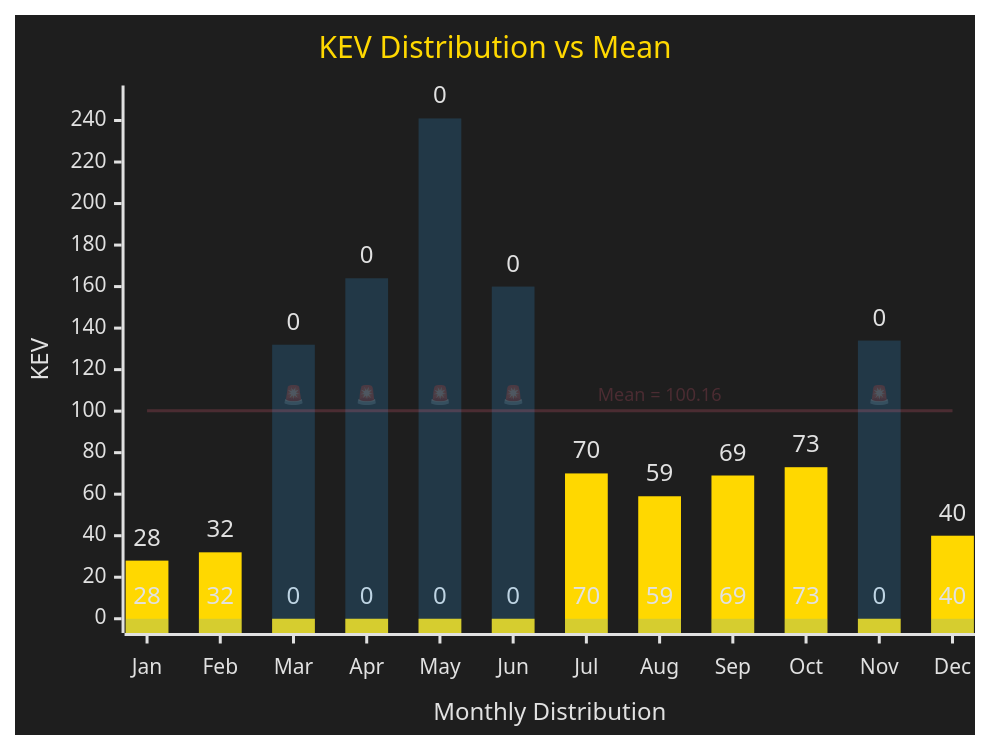
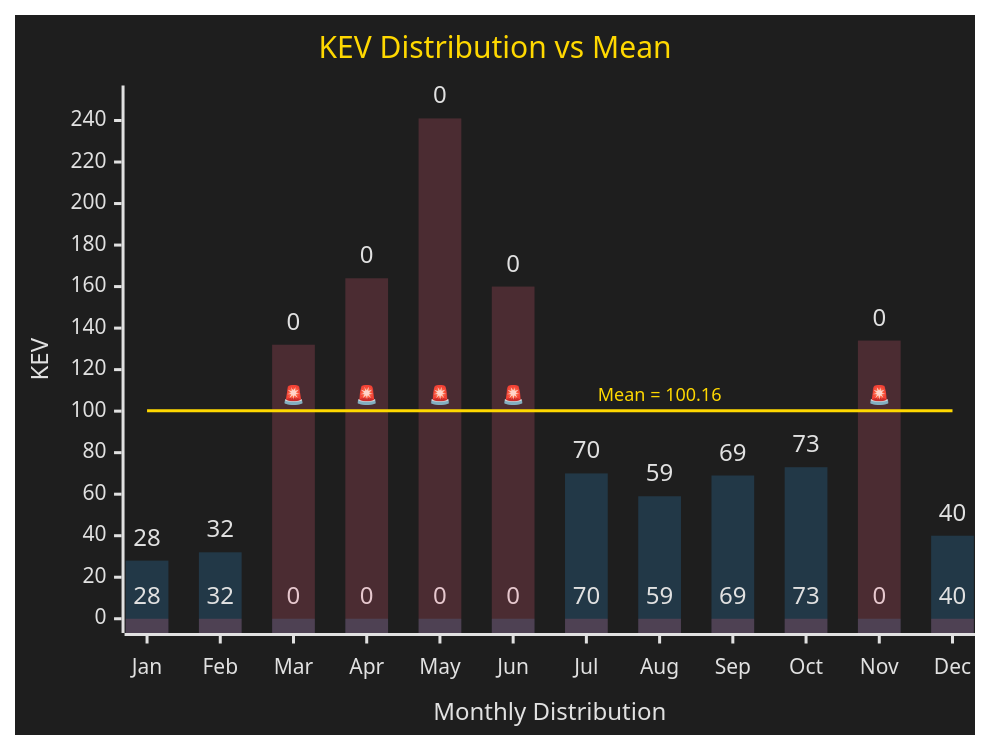
One commit to myseq/makeshift changed the diagram in mdfiles/cisakev36m.md. Above: the diagram before and after it, drawn with Mermaid.

Commit message:
updated data

````diff
--- a/mdfiles/cisakev36m.md
+++ b/mdfiles/cisakev36m.md
@@ -3,35 +3,35 @@
 ```mermaid
 ---
 config:
     xyChart:
         width: 640
         height: 480
         showLegend: true
         showDataLabel: true
         showDataLabelOutsideBar: true
     themeVariables:
         xyChart:
             backgroundColor: "#1e1e1e"
             titleColor: "#ffd800"
             dataLabelColor: "#e1e1e1"
             xAxisLabelColor: "#e1e1e1"
             xAxisTitleColor: "#e1e1e1"
             xAxisTickColor: "#e1e1e1"
             xAxisLineColor: "#e1e1e1"
             yAxisLabelColor: "#e1e1e1"
             yAxisTitleColor: "#e1e1e1"
             yAxisTickColor: "#e1e1e1"
             yAxisLineColor: "#e1e1e1"
-            plotColorPalette: '#ffd800, #36A2EB33, #FF638433'
+            plotColorPalette: '#36A2EB33, #FF638433, #ffd800'
 
 
 ---
 xychart
     title "KEV Distribution vs Mean"
     x-axis "Monthly Distribution" [Jan, Feb, Mar, Apr, May, Jun, Jul, Aug, Sep, Oct, Nov, Dec]
     y-axis "KEV"  0 --> 250
     bar "below" [28, 32, 0, 0, 0, 0, 70, 59, 69, 73, 0, 40]
     bar "above" [ 0,  0, 132, 164, 241, 160, 0, 0, 0, 0, 134, 0]
     line "mean" [100.16, 100.16, 100.16 "🚨", 100.16 "🚨", 100.16 "🚨", 100.16 "🚨", 100.16, 100.16 "Mean = 100.16", 100.16, 100.16, 100.16 "🚨", 100.16]
 
 ```
````
